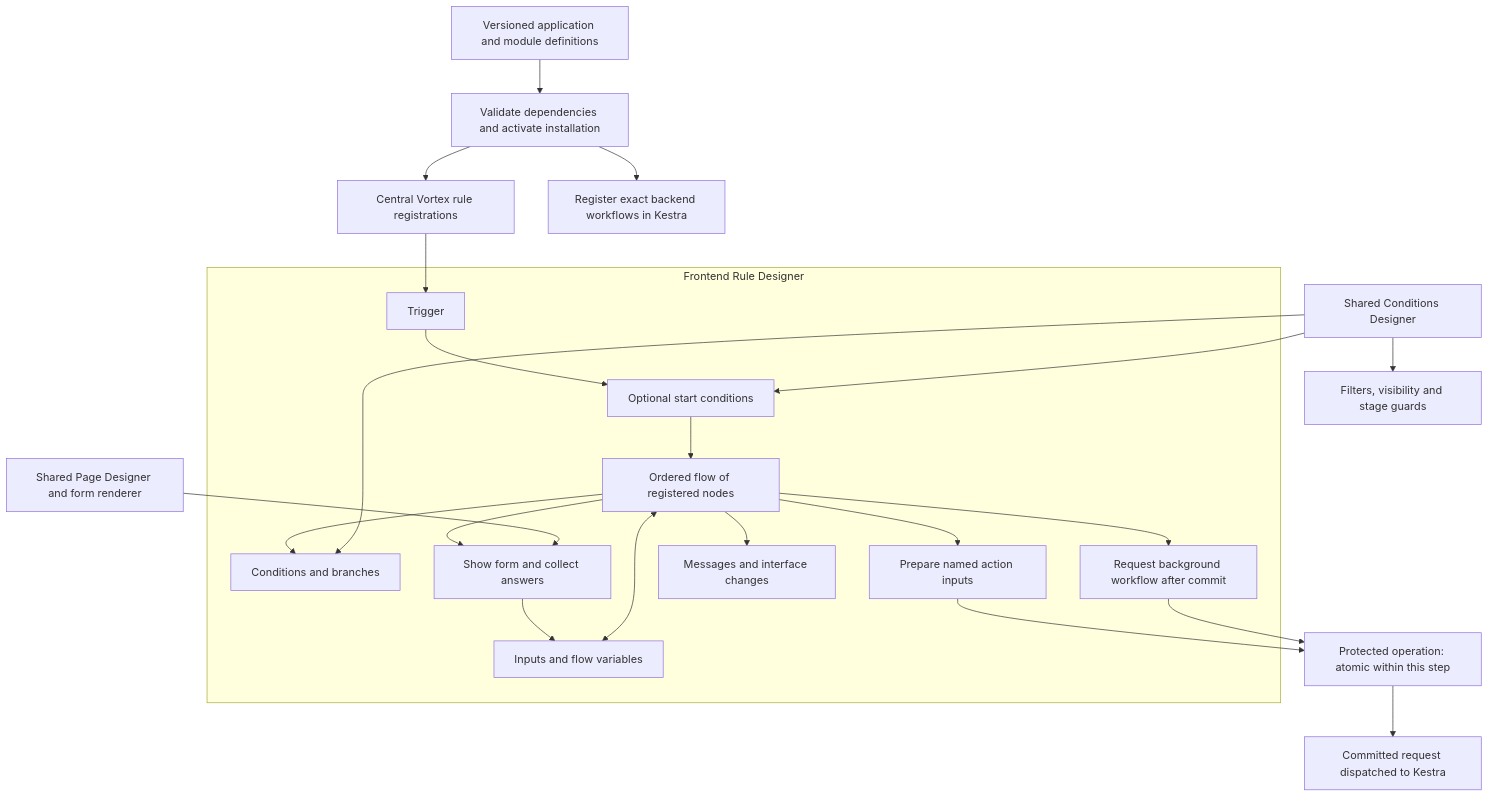
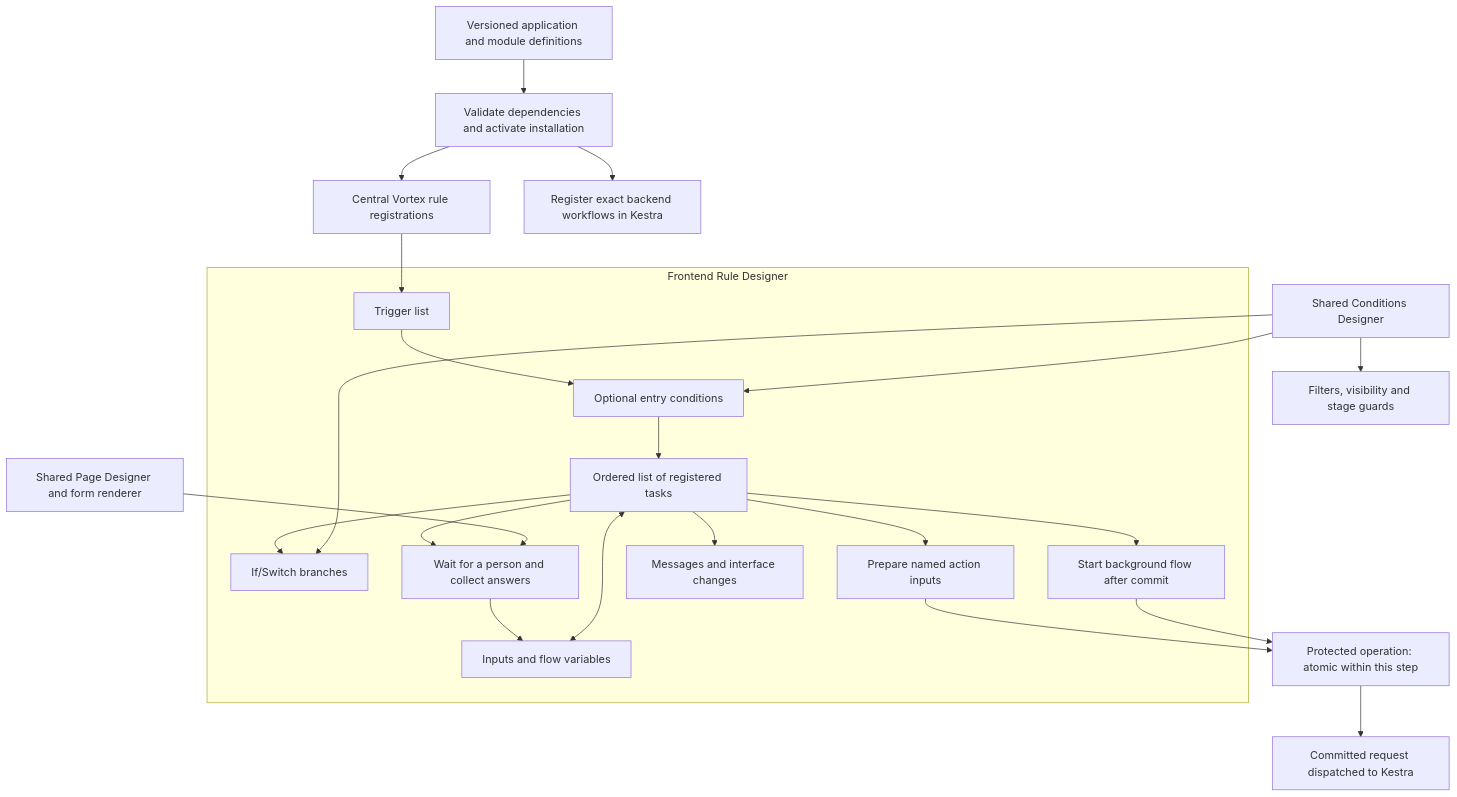
The first of 4 diagrams in docs/specification/appendices/frontend-rule-designer.md (Abzum-NZ/Abzum-Vortex), drawn with Mermaid before and after one commit. The commit also changed other lines of this file and 1 other file, not shown here.

First line of the commit message:
Specify one Kestra-shaped flow language

````diff
--- a/docs/specification/appendices/frontend-rule-designer.md
+++ b/docs/specification/appendices/frontend-rule-designer.md
@@ -13,25 +13,25 @@
 ```mermaid
 flowchart TB
     APP[Versioned application and module definitions] --> INSTALL[Validate dependencies and activate installation]
     INSTALL --> REG[Central Vortex rule registrations]
     INSTALL --> DUR[Register exact backend workflows in Kestra]
     subgraph DESIGN[Frontend Rule Designer]
-        TR[Trigger] --> GATE[Optional start conditions]
-        GATE --> GRAPH[Ordered flow of registered nodes]
-        VAR[Inputs and flow variables] <--> GRAPH
-        GRAPH --> BRANCH[Conditions and branches]
-        GRAPH --> FORM[Show form and collect answers]
-        GRAPH --> ACT[Prepare named action inputs]
-        GRAPH --> UI[Messages and interface changes]
-        GRAPH --> BG[Request background workflow after commit]
+        TR[Trigger list] --> GATE[Optional entry conditions]
+        GATE --> TASKS[Ordered list of registered tasks]
+        VAR[Inputs and flow variables] <--> TASKS
+        TASKS --> BRANCH[If/Switch branches]
+        TASKS --> FORM[Wait for a person and collect answers]
+        TASKS --> ACT[Prepare named action inputs]
+        TASKS --> UI[Messages and interface changes]
+        TASKS --> BG[Start background flow after commit]
     end
     REG --> TR
     COND[Shared Conditions Designer] --> GATE
     COND --> BRANCH
     COND --> FILTER[Filters, visibility and stage guards]
     PAGE[Shared Page Designer and form renderer] --> FORM
     FORM --> VAR
     ACT --> COMMIT[Protected operation: atomic within this step]
     BG --> COMMIT
     COMMIT --> DISPATCH[Committed request dispatched to Kestra]
 ```
````
